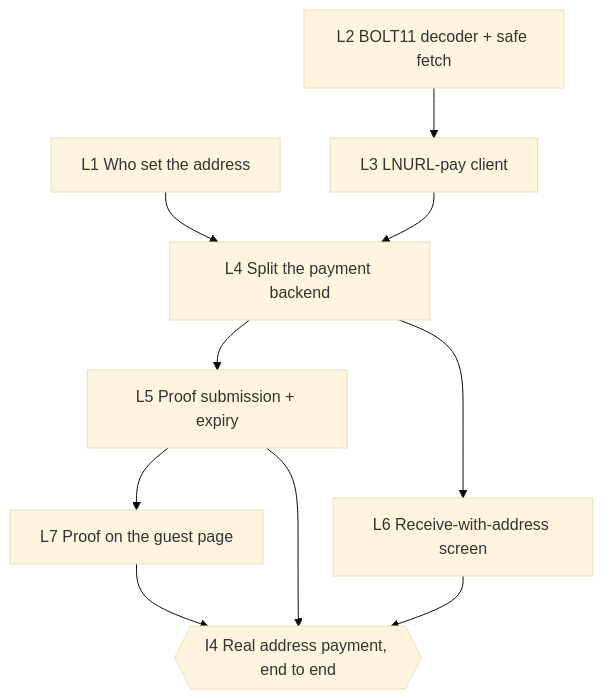
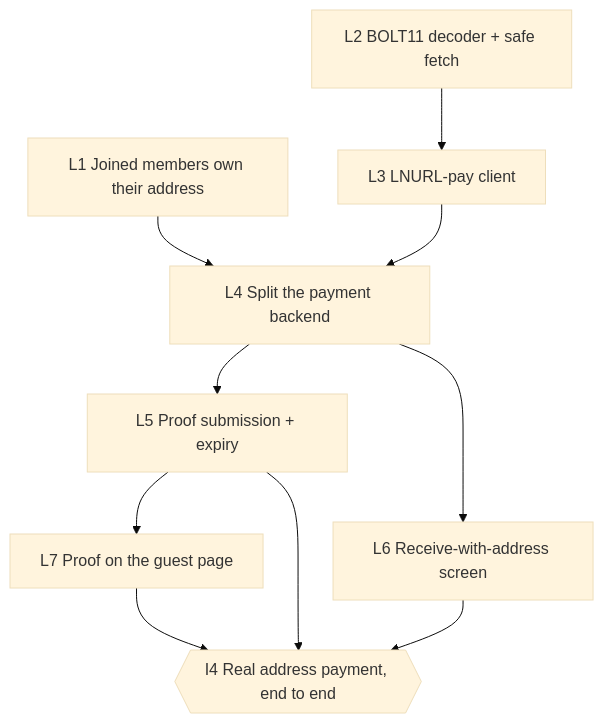
One commit to whilstsomebody/Sattle changed the second of 2 diagrams in docs/BUILD_PLAN.md. Above: the diagram before and after it, drawn with Mermaid (base theme). The commit also changed other lines of this file, not shown here.

````diff
--- a/docs/BUILD_PLAN.md
+++ b/docs/BUILD_PLAN.md
@@ -132,20 +132,20 @@
 ```mermaid
 graph TD
-  L1[L1 Who set the address]
+  L1[L1 Joined members own their address]
   L2[L2 BOLT11 decoder + safe fetch]
   L3[L3 LNURL-pay client]
   L4[L4 Split the payment backend]
   L5[L5 Proof submission + expiry]
   L6[L6 Receive-with-address screen]
   L7[L7 Proof on the guest page]
 
   L2 --> L3
   L1 --> L4
   L3 --> L4
   L4 --> L5
   L4 --> L6
   L5 --> L7
   L5 --> I4{{I4 Real address payment, end to end}}
   L6 --> I4
   L7 --> I4
 ```
````
